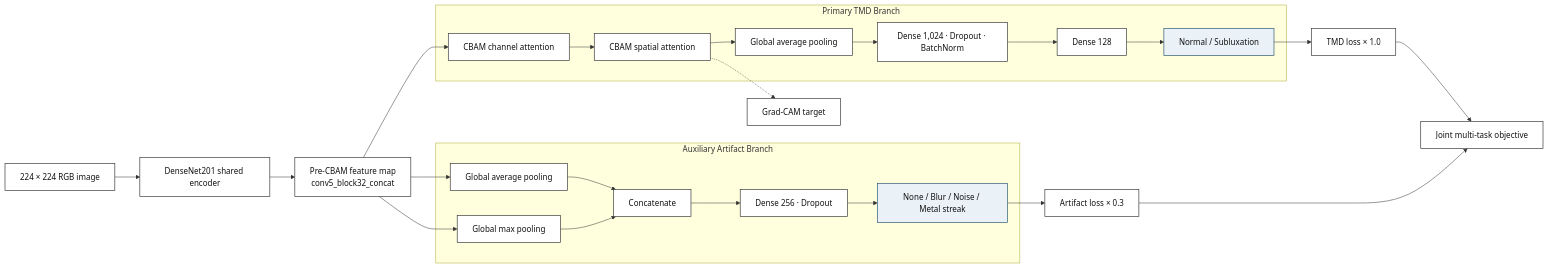
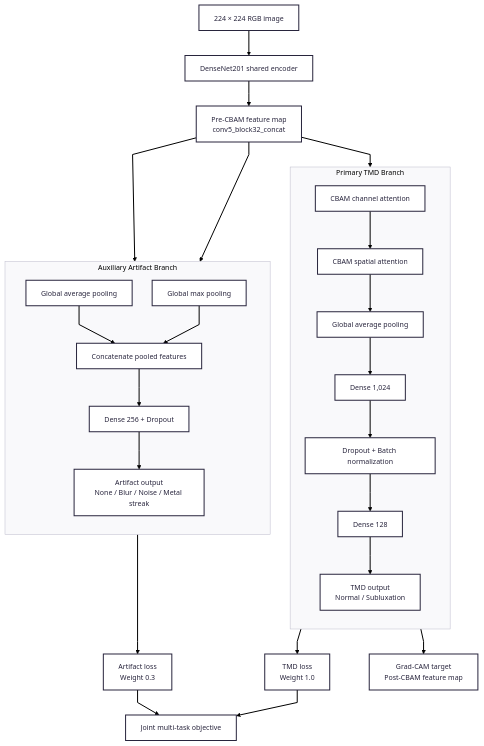
Before and after one commit to Shrxmy/AGML-DenseCBAM: the second of 2 diagrams in docs/UPDATED_SYSTEM_ARCHITECTURE.md, drawn with Mermaid. The commit also changed other lines of this file and 4 other files, not shown here.

Commit message:
Refine architecture diagrams and document modules

````diff
--- a/docs/UPDATED_SYSTEM_ARCHITECTURE.md
+++ b/docs/UPDATED_SYSTEM_ARCHITECTURE.md
@@ -119,34 +125,54 @@
 ```mermaid
-flowchart LR
-    A["224 × 224 RGB image"] --> B["DenseNet201 shared encoder"]
-    B --> C["Pre-CBAM feature map<br/>conv5_block32_concat"]
+---
+config:
+  layout: dagre
+  theme: redux
+  flowchart:
+    curve: linear
+    nodeSpacing: 40
+    rankSpacing: 50
+---
+flowchart TB
+    A["224 × 224 RGB image"]
+    B["DenseNet201 shared encoder"]
+    C["Pre-CBAM feature map<br/>conv5_block32_concat"]
 
     subgraph PRIMARY["Primary TMD Branch"]
-        D["CBAM channel attention"] --> E["CBAM spatial attention"]
-        E --> F["Global average pooling"]
-        F --> G["Dense 1,024 · Dropout · BatchNorm"]
-        G --> H["Dense 128"]
-        H --> I["Normal / Subluxation"]
+        direction TB
+        D["CBAM channel attention"]
+        E["CBAM spatial attention"]
+        F["Global average pooling"]
+        G["Dense 1,024"]
+        H["Dropout + Batch normalization"]
+        I["Dense 128"]
+        J["TMD output<br/>Normal / Subluxation"]
+        D --> E --> F --> G --> H --> I --> J
     end
 
     subgraph AUXILIARY["Auxiliary Artifact Branch"]
-        J["Global average pooling"] --> L["Concatenate"]
-        K["Global max pooling"] --> L
-        L --> M["Dense 256 · Dropout"]
-        M --> N["None / Blur / Noise / Metal streak"]
+        direction TB
+        K["Global average pooling"]
+        L["Global max pooling"]
+        M["Concatenate pooled features"]
+        N["Dense 256 + Dropout"]
+        O["Artifact output<br/>None / Blur / Noise / Metal streak"]
+        K --> M
+        L --> M
+        M --> N --> O
     end
 
+    P["TMD loss<br/>Weight 1.0"]
+    Q["Artifact loss<br/>Weight 0.3"]
+    R["Joint multi-task objective"]
+    S["Grad-CAM target<br/>Post-CBAM feature map"]
+
+    A --> B --> C
     C --> D
-    C --> J
     C --> K
-    I --> O["TMD loss × 1.0"]
-    N --> P["Artifact loss × 0.3"]
-    O --> Q["Joint multi-task objective"]
-    P --> Q
-    E -.-> R["Grad-CAM target"]
-
-    classDef block fill:#FFFFFF,stroke:#333333,color:#111111,stroke-width:1.3px;
-    classDef output fill:#EAF2F8,stroke:#24536B,color:#111111,stroke-width:1.3px;
-    class A,B,C,D,E,F,G,H,J,K,L,M,O,P,Q,R block;
-    class I,N output;
+    C --> L
+    J --> P
+    O --> Q
+    P --> R
+    Q --> R
+    E --> S
 ```
````
